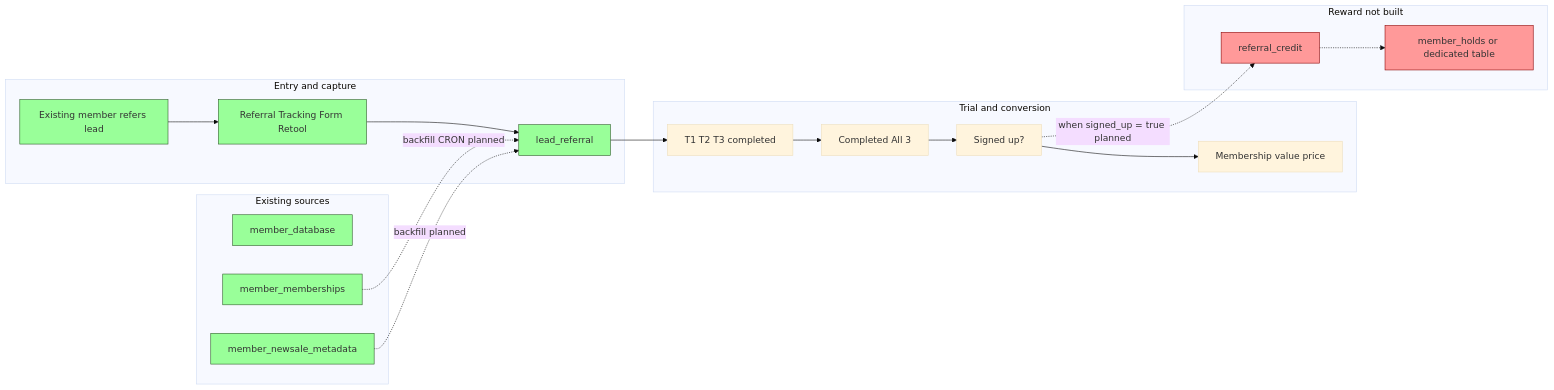
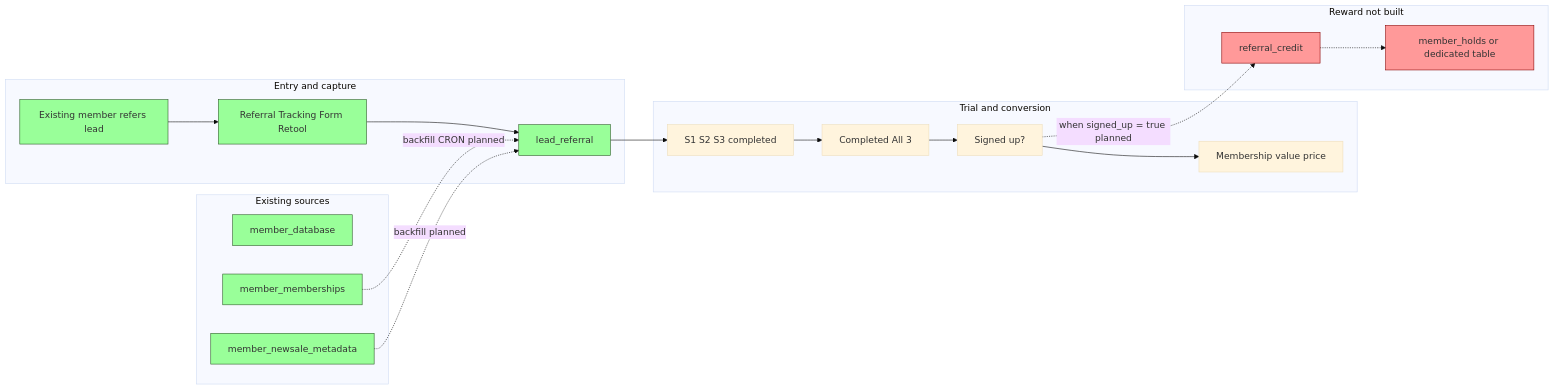
The first of 2 diagrams in dataflow-and-progress.md (towshau/referral_tracking), drawn with Mermaid (base theme) before and after one commit. The commit also changed other lines of this file and 3 other files, not shown here.

````diff
--- a/dataflow-and-progress.md
+++ b/dataflow-and-progress.md
@@ -31,47 +31,47 @@
 ```mermaid
 flowchart LR
   subgraph entry ["Entry and capture"]
     A["Existing member refers lead"]
     B["Referral Tracking Form Retool"]
     C["lead_referral"]
   end
 
   subgraph trial ["Trial and conversion"]
-    D["T1 T2 T3 completed"]
+    D["S1 S2 S3 completed"]
     E["Completed All 3"]
     F["Signed up?"]
     G["Membership value price"]
   end
 
   subgraph future ["Reward not built"]
     H["referral_credit"]
     I["member_holds or dedicated table"]
   end
 
   subgraph sources ["Existing sources"]
     M["member_database"]
     MM["member_memberships"]
     NM["member_newsale_metadata"]
   end
 
   A --> B
   B --> C
   C --> D
   D --> E
   E --> F
   F --> G
   F -.->|when signed_up = true planned| H
   H -.-> I
 
   MM -.->|backfill CRON planned| C
   NM -.->|backfill planned| C
 
   style C fill:#9f9,stroke:#2d5a27
   style A fill:#9f9,stroke:#2d5a27
   style B fill:#9f9,stroke:#2d5a27
   style M fill:#9f9,stroke:#2d5a27
   style MM fill:#9f9,stroke:#2d5a27
   style NM fill:#9f9,stroke:#2d5a27
   style H fill:#f99,stroke:#8b0000
   style I fill:#f99,stroke:#8b0000
 ```
````
